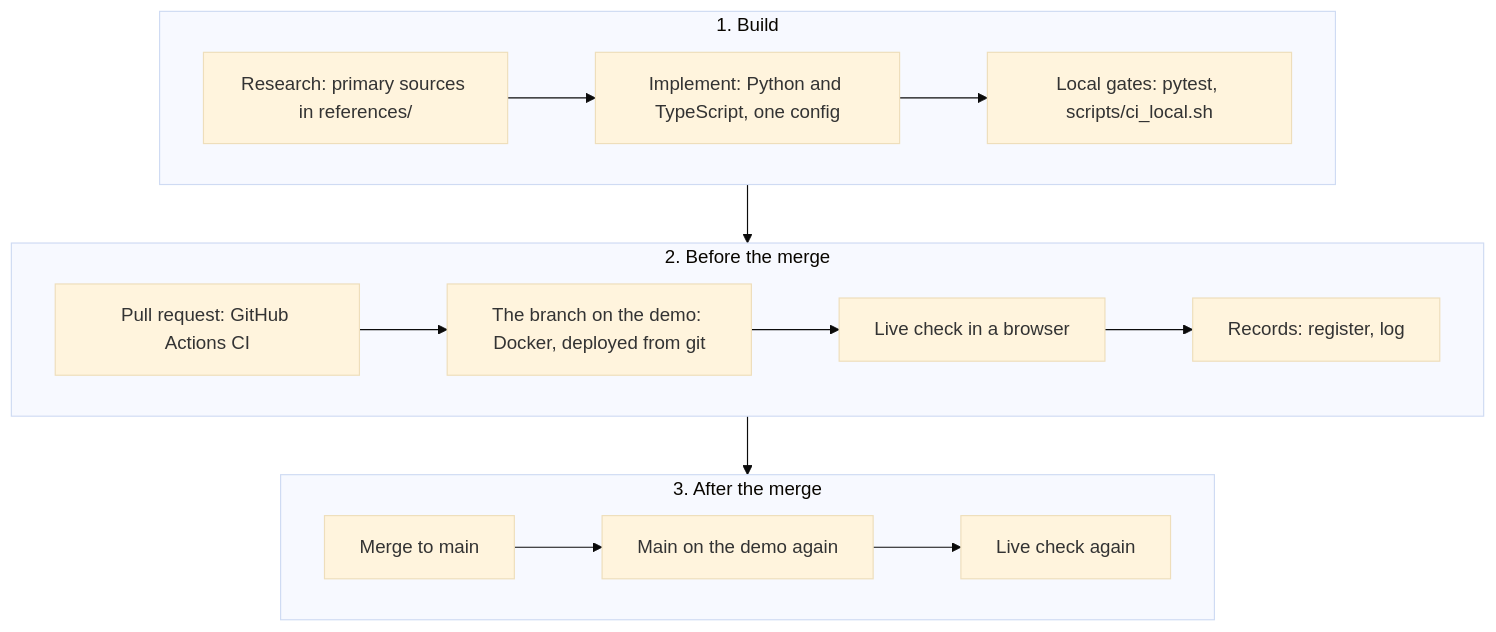
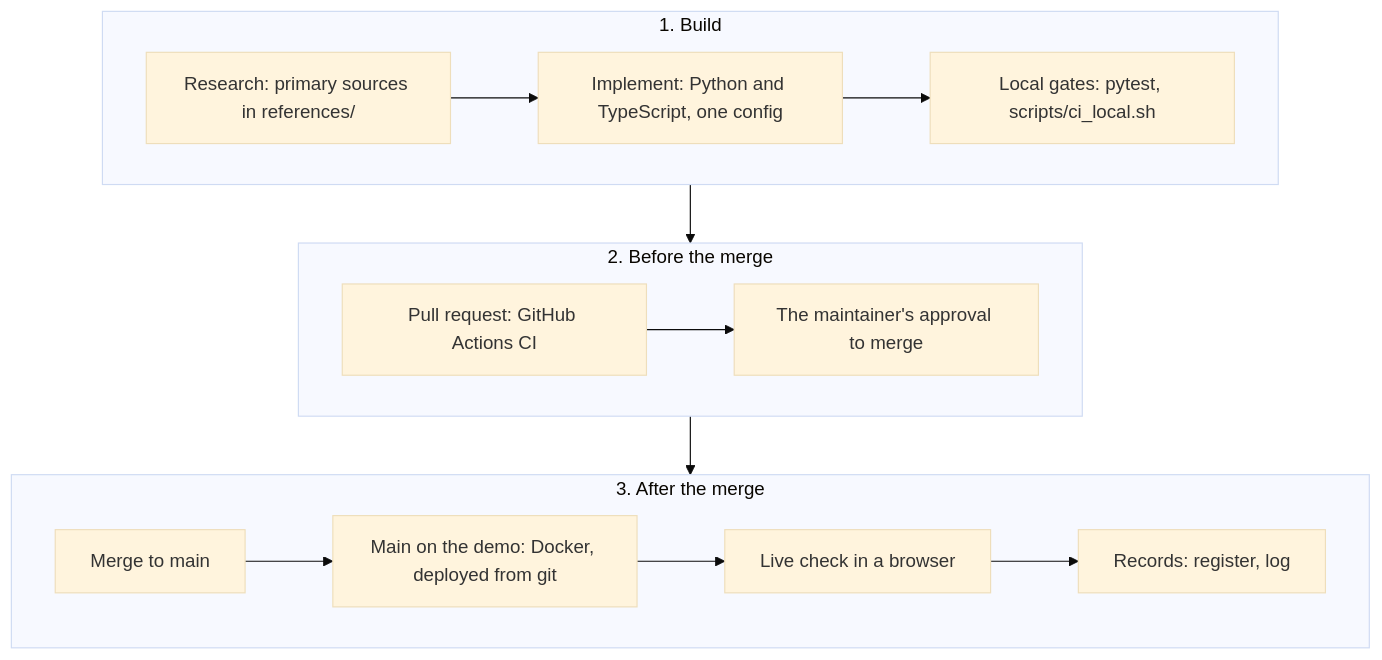
Before and after one commit to Quantum-Daemons/QSMPC-QKD-QHE-AI-Hybrid: the tenth of 11 diagrams in README.md, drawn with Mermaid (base theme). The commit also changed other lines of this file and 2 other files, not shown here.

Commit message:
The runbook and the README's workflow figure deploy only merged main; the README names sbom-utility's rules; the BitcoinTemporalGraph check is recorded as run

````diff
--- a/README.md
+++ b/README.md
@@ -404,16 +404,16 @@
 ```mermaid
 flowchart TB
   subgraph W1["1. Build"]
     direction LR
     RS["Research: primary sources in references/"] --> IM["Implement: Python and TypeScript, one config"] --> LG["Local gates: pytest, scripts/ci_local.sh"]
   end
   subgraph W2["2. Before the merge"]
     direction LR
-    PR["Pull request: GitHub Actions CI"] --> DB["The branch on the demo: Docker, deployed from git"] --> LB["Live check in a browser"] --> RC["Records: register, log"]
+    PR["Pull request: GitHub Actions CI"] --> AP["The maintainer's approval to merge"]
   end
   subgraph W3["3. After the merge"]
     direction LR
-    MG["Merge to main"] --> DM["Main on the demo again"] --> LM["Live check again"]
+    MG["Merge to main"] --> DM["Main on the demo: Docker, deployed from git"] --> LM["Live check in a browser"] --> RC["Records: register, log"]
   end
   W1 --> W2 --> W3
 ```
````
